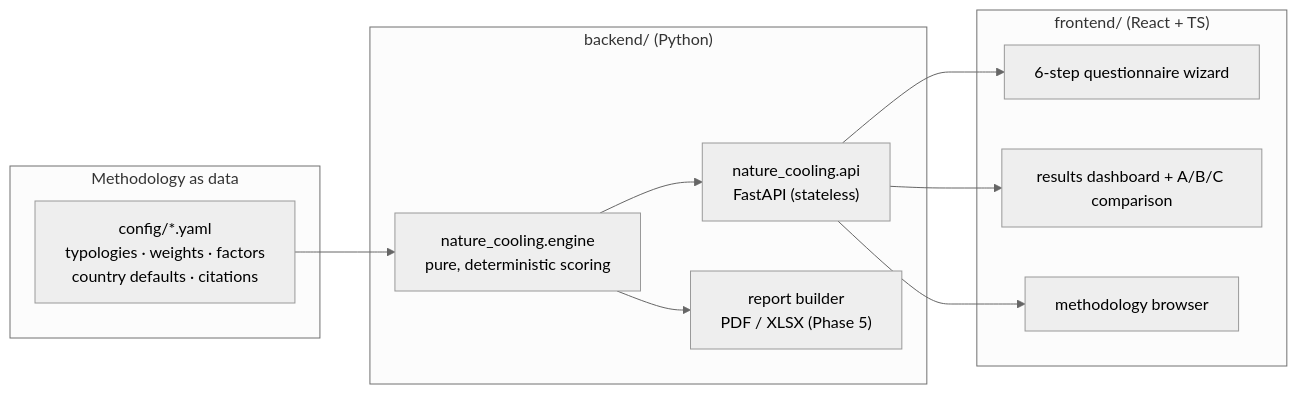
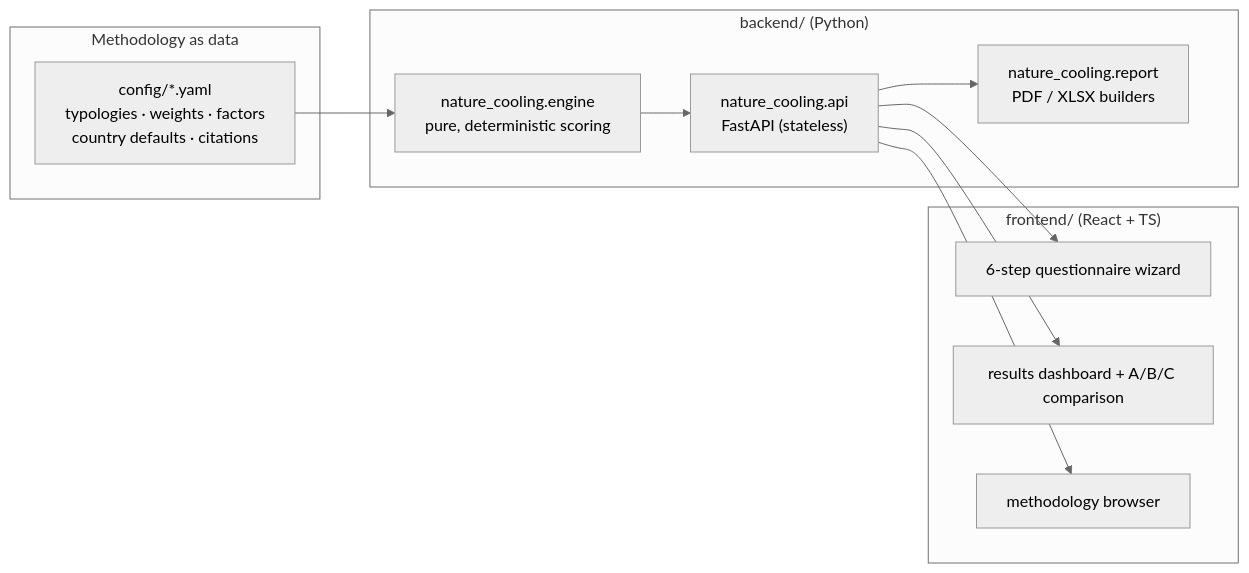
One commit to Dimitrios-Kafetzis/CriterraNatureCoolingTool changed the diagram in docs/ARCHITECTURE.md. Above: the diagram before and after it, drawn with Mermaid (neutral theme). The commit also changed other lines of this file and 32 other files, not shown here.

First line of the commit message:
feat: report export (PDF/XLSX) — Phase 5

````diff
--- a/docs/ARCHITECTURE.md
+++ b/docs/ARCHITECTURE.md
@@ -7,22 +7,22 @@
 ```mermaid
 flowchart LR
     subgraph data["Methodology as data"]
       Config["config/*.yaml<br/>typologies · weights · factors<br/>country defaults · citations"]
     end
     subgraph backend["backend/ (Python)"]
       Engine["nature_cooling.engine<br/>pure, deterministic scoring"]
       API["nature_cooling.api<br/>FastAPI (stateless)"]
-      Report["report builder<br/>PDF / XLSX (Phase 5)"]
+      Report["nature_cooling.report<br/>PDF / XLSX builders"]
     end
     subgraph frontend["frontend/ (React + TS)"]
       Wizard["6-step questionnaire wizard"]
       Dash["results dashboard + A/B/C comparison"]
       Method["methodology browser"]
     end
     Config --> Engine
     Engine --> API
     API --> Wizard
     API --> Dash
     API --> Method
-    Engine --> Report
+    API --> Report
 ```
````
